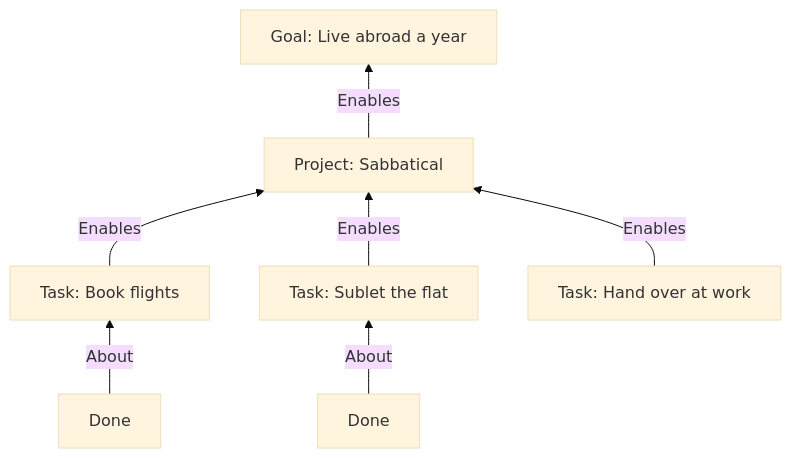
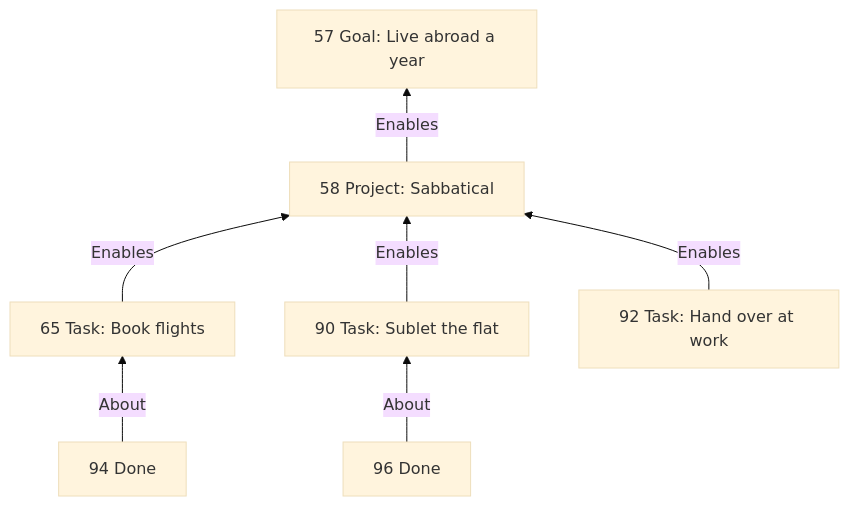
Diagram 12 of 12 in docs/PLANNING-EXPLAINER.md (RezaOnGithub/lifecore), drawn with Mermaid (base theme) before and after one commit. The commit also changed other lines of this file and 1 other file, not shown here.

````diff
--- a/docs/PLANNING-EXPLAINER.md
+++ b/docs/PLANNING-EXPLAINER.md
@@ -440,9 +1260,9 @@
 ```mermaid
 flowchart BT
-    T1["Task: Book flights"] -- Enables --> P["Project: Sabbatical"]
-    T2["Task: Sublet the flat"] -- Enables --> P
-    T3["Task: Hand over at work"] -- Enables --> P
-    P -- Enables --> G["Goal: Live abroad a year"]
-    D1["Done"] -- About --> T1
-    D2["Done"] -- About --> T2
+    T1["65 Task: Book flights"] -- Enables --> P["58 Project: Sabbatical"]
+    T2["90 Task: Sublet the flat"] -- Enables --> P
+    T3["92 Task: Hand over at work"] -- Enables --> P
+    P -- Enables --> G["57 Goal: Live abroad a year"]
+    D1["94 Done"] -- About --> T1
+    D2["96 Done"] -- About --> T2
 ```
````
